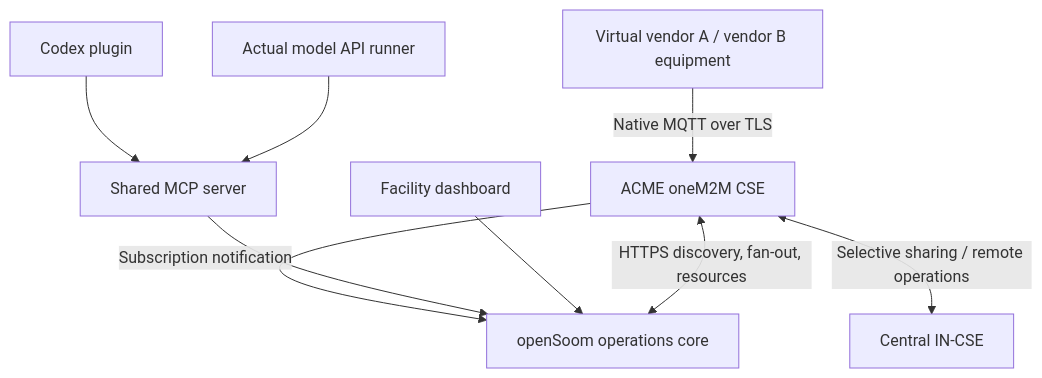
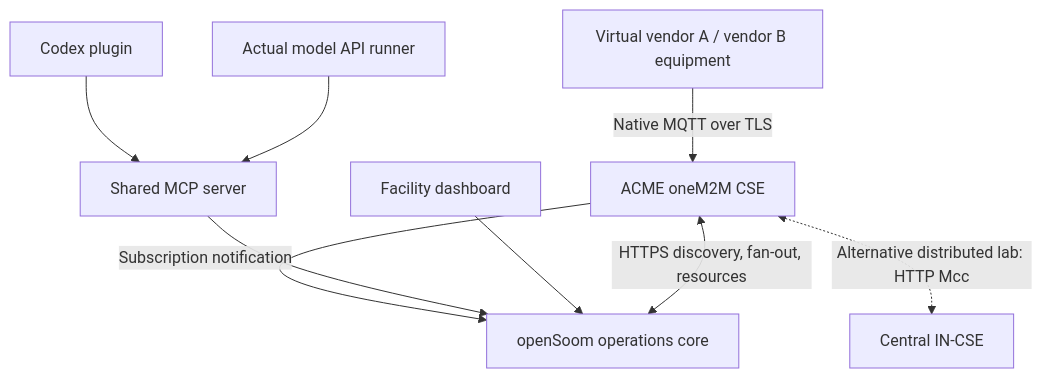
The diagram in docs/submission/hackster-article.md (openSoom/openSoom), drawn with Mermaid before and after one commit. The commit also changed other lines of this file and 24 other files, not shown here.

Commit message:
fix: preserve measurement meaning and align architecture claims

````diff
--- a/docs/submission/hackster-article.md
+++ b/docs/submission/hackster-article.md
@@ -27,11 +27,11 @@
 ```mermaid
 flowchart TB
   V[Virtual vendor A / vendor B equipment] -->|Native MQTT over TLS| C[ACME oneM2M CSE]
   C -->|Subscription notification| O[openSoom operations core]
   O <-->|HTTPS discovery, fan-out, resources| C
   M[Shared MCP server] --> O
   X[Codex plugin] --> M
   L[Actual model API runner] --> M
   D[Facility dashboard] --> O
-  C <-->|Selective sharing / remote operations| I[Central IN-CSE]
+  C <-.->|Alternative distributed lab: HTTP Mcc| I[Central IN-CSE]
 ```
````
